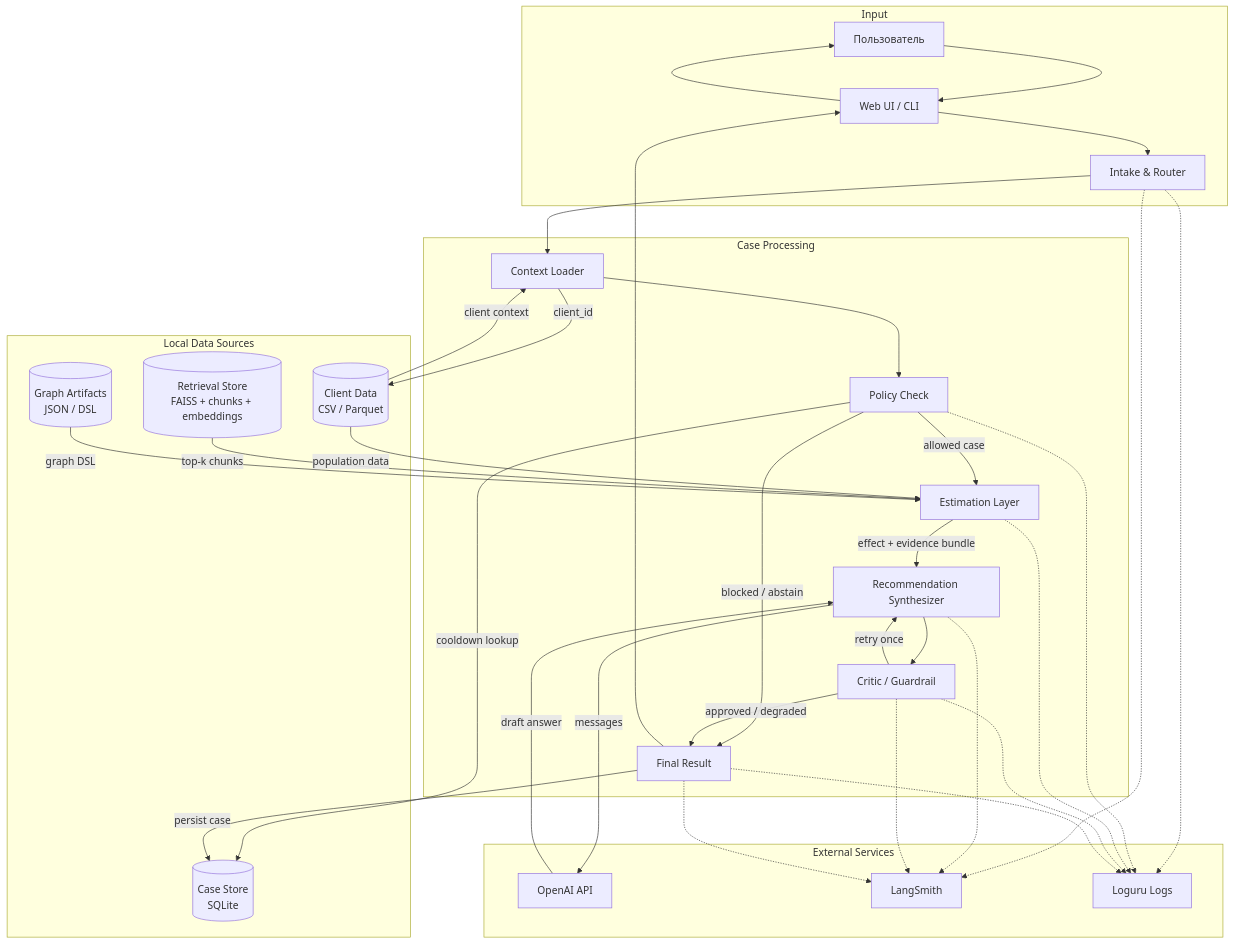
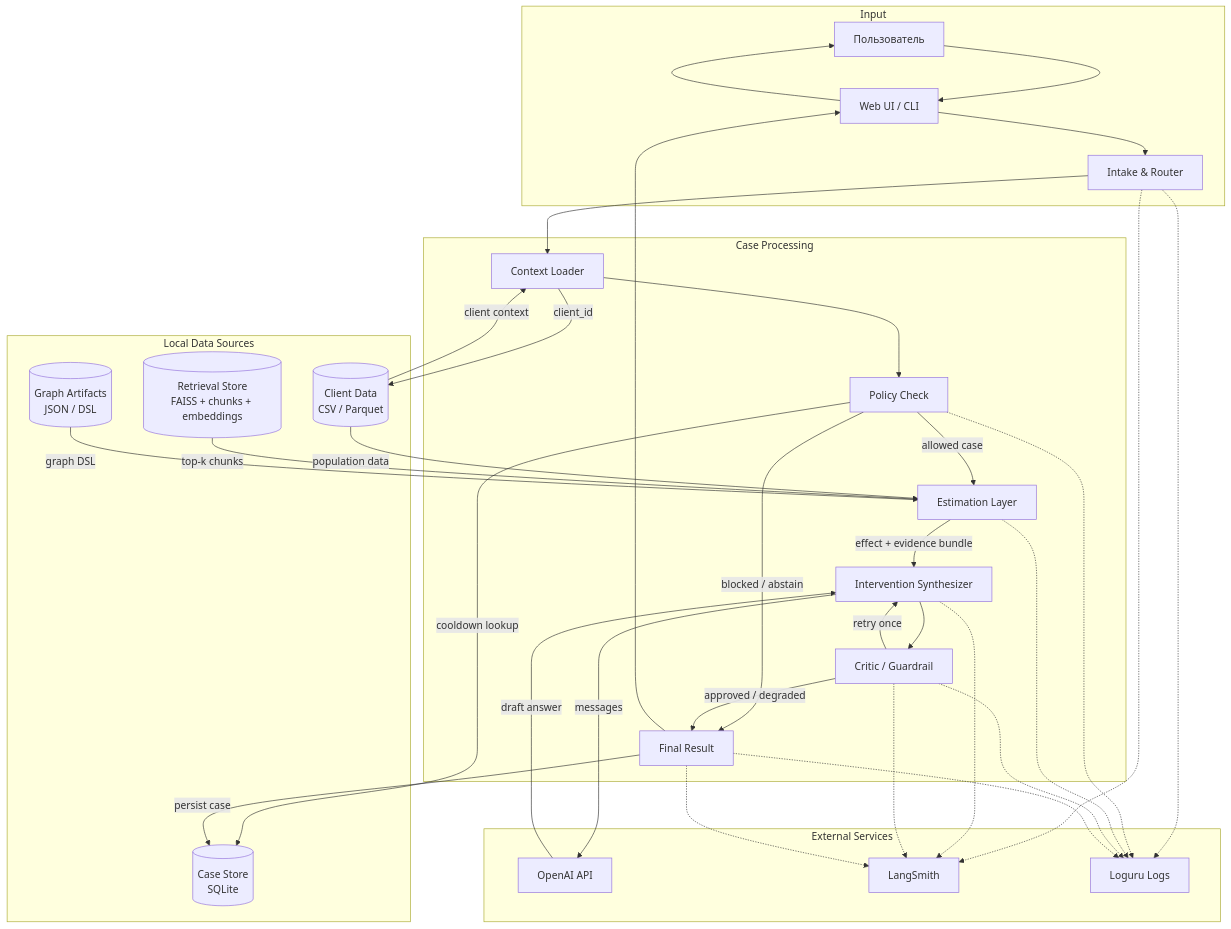
Before and after one commit to alllyuk/uplift-agent: the diagram in docs/diagrams/data-flow.md, drawn with Mermaid. The commit also changed other lines of this file and 9 other files, not shown here.

````diff
--- a/docs/diagrams/data-flow.md
+++ b/docs/diagrams/data-flow.md
@@ -7,65 +7,65 @@
 ```mermaid
 flowchart TD
     subgraph INPUT ["Input"]
         USER["Пользователь"] --> UI["Web UI / CLI"]
         UI --> INTAKE["Intake & Router"]
     end
 
     subgraph SOURCES ["Local Data Sources"]
         CLIENTS[("Client Data<br/>CSV / Parquet")]
         RETRIEVAL[("Retrieval Store<br/>FAISS + chunks + embeddings")]
         GRAPH[("Graph Artifacts<br/>JSON / DSL")]
         CASES[("Case Store<br/>SQLite")]
     end
 
     subgraph PROCESS ["Case Processing"]
         CONTEXT["Context Loader"]
         POLICY["Policy Check"]
         EVIDENCE["Estimation Layer"]
-        SYNTH["Recommendation Synthesizer"]
+        SYNTH["Intervention Synthesizer"]
         CRITIC["Critic / Guardrail"]
         RESULT["Final Result"]
     end
 
     subgraph EXTERNAL ["External Services"]
         OPENAI["OpenAI API"]
         LANGSMITH["LangSmith"]
         LOGS["Loguru Logs"]
     end
 
     INTAKE --> CONTEXT
     CONTEXT --> POLICY
     POLICY -->|allowed case| EVIDENCE
     POLICY -->|blocked / abstain| RESULT
 
     CONTEXT -->|client_id| CLIENTS
     CLIENTS -->|client context| CONTEXT
 
     POLICY -->|cooldown lookup| CASES
 
     CLIENTS -->|population data| EVIDENCE
     RETRIEVAL -->|top-k chunks| EVIDENCE
     GRAPH -->|graph DSL| EVIDENCE
 
     EVIDENCE -->|effect + evidence bundle| SYNTH
     SYNTH -->|messages| OPENAI
     OPENAI -->|draft answer| SYNTH
     SYNTH --> CRITIC
     CRITIC -->|retry once| SYNTH
     CRITIC -->|approved / degraded| RESULT
 
     RESULT --> UI
     UI --> USER
     RESULT -->|persist case| CASES
 
     INTAKE -.-> LOGS
     POLICY -.-> LOGS
     EVIDENCE -.-> LOGS
     CRITIC -.-> LOGS
     RESULT -.-> LOGS
 
     INTAKE -.-> LANGSMITH
     SYNTH -.-> LANGSMITH
     CRITIC -.-> LANGSMITH
     RESULT -.-> LANGSMITH
 ```
````
